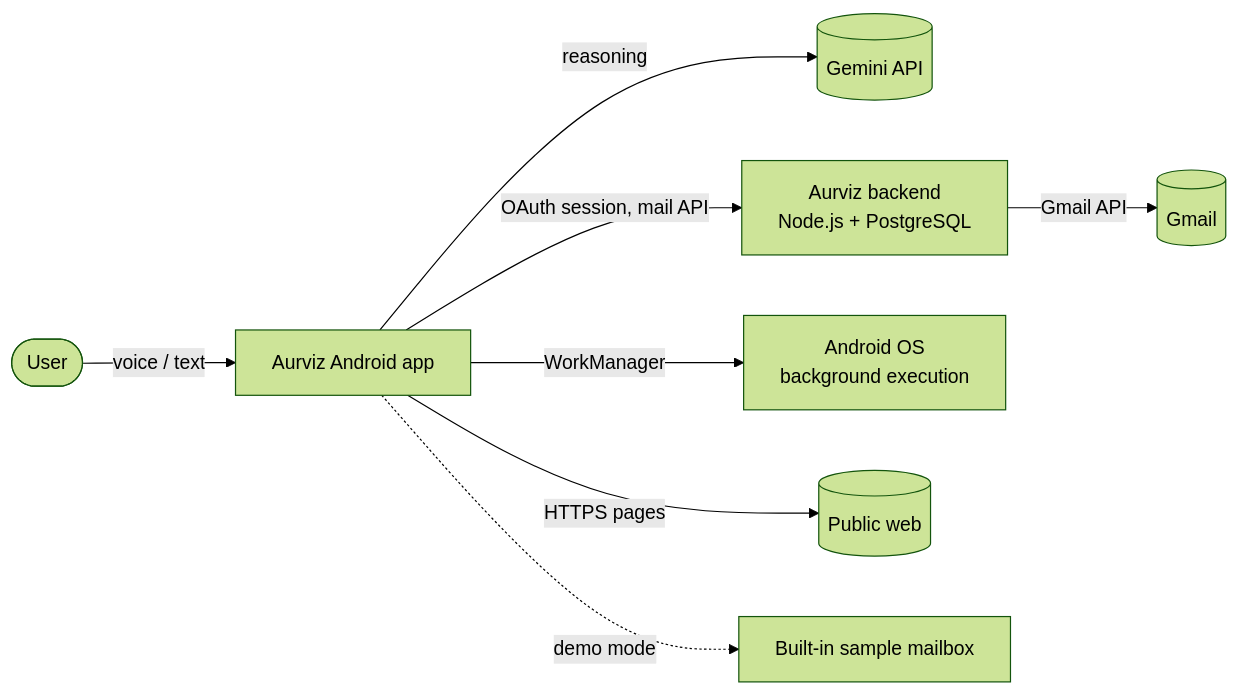
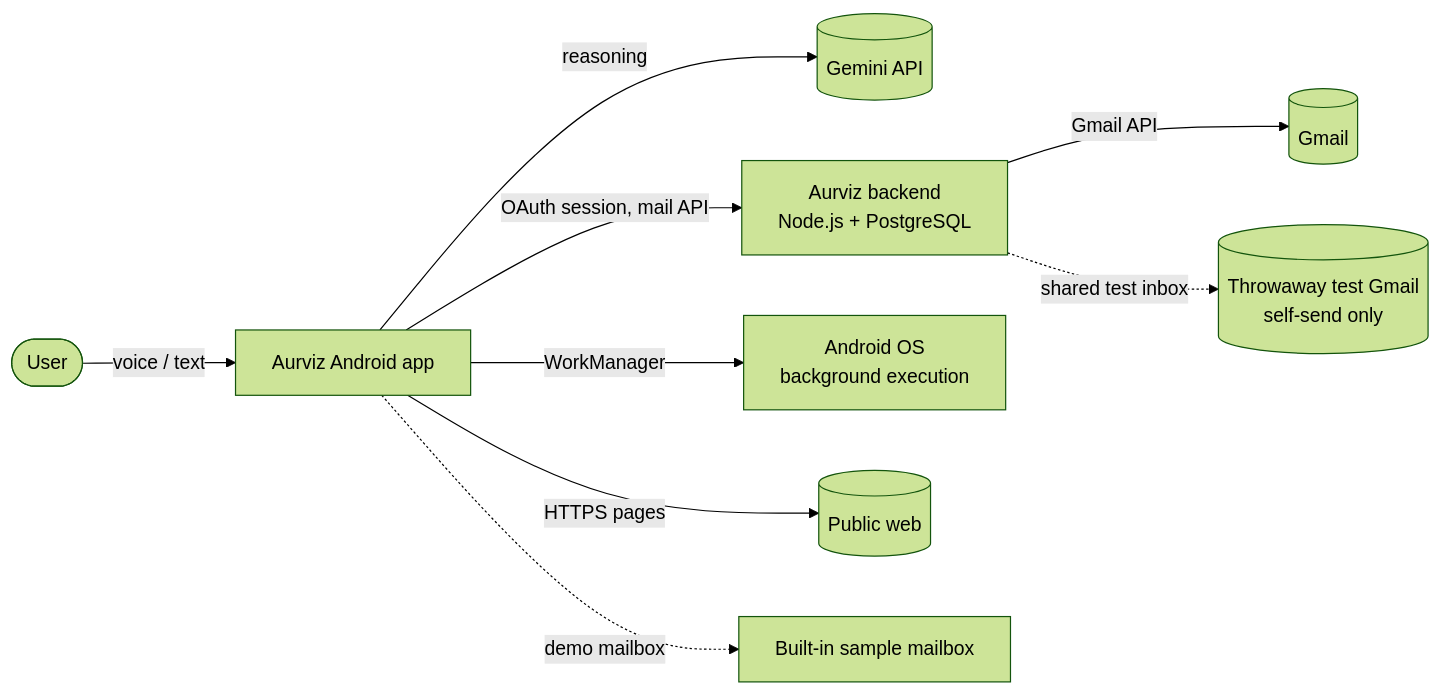
Before and after one commit to AdityaKushwaha404/Aurviz_agent: the first of 7 diagrams in docs/ARCHITECTURE.md, drawn with Mermaid (forest theme). The commit also changed other lines of this file and 51 other files, not shown here.

First line of the commit message:
feat: shared test inbox, mailbox viewer with live updates, mailbox source selection; screenshots and docs

````diff
--- a/docs/ARCHITECTURE.md
+++ b/docs/ARCHITECTURE.md
@@ -7,10 +7,11 @@
 ```mermaid
 flowchart LR
     User([User]) -- voice / text --> App[Aurviz Android app]
     App -- reasoning --> Gemini[(Gemini API)]
     App -- OAuth session, mail API --> Backend[Aurviz backend<br/>Node.js + PostgreSQL]
     Backend -- Gmail API --> Gmail[(Gmail)]
     App -- WorkManager --> OS[Android OS<br/>background execution]
     App -- HTTPS pages --> Web[(Public web)]
-    App -. demo mode .-> Demo[Built-in sample mailbox]
+    App -. demo mailbox .-> Demo[Built-in sample mailbox]
+    Backend -. shared test inbox .-> Shared[(Throwaway test Gmail<br/>self-send only)]
 ```
````
